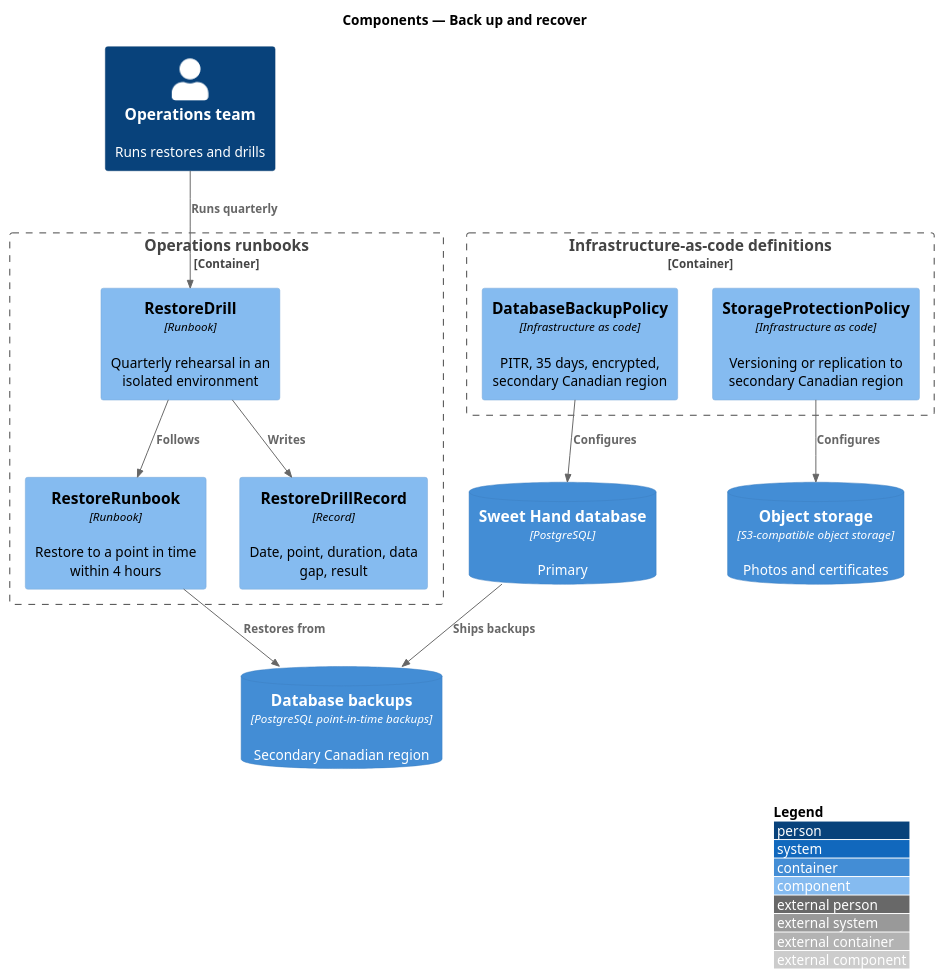
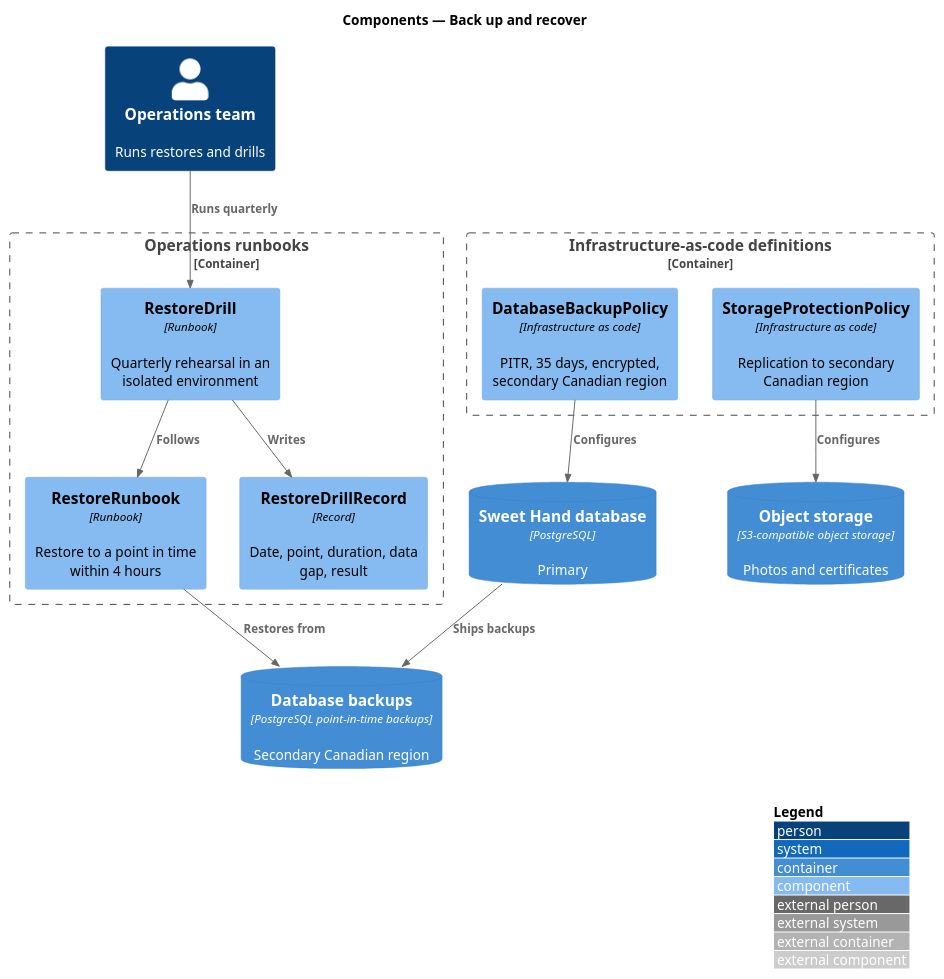
One commit to QuinntyneBrown/sweet-hand changed the diagram in docs/detailed-designs/platform/back-up-and-recover/diagrams/c4-component.puml. Above: the diagram before and after it, drawn with PlantUML. The commit also changed 17 other files, not shown here.

```diff
--- a/docs/detailed-designs/platform/back-up-and-recover/diagrams/c4-component.puml
+++ b/docs/detailed-designs/platform/back-up-and-recover/diagrams/c4-component.puml
@@ -1,27 +1,27 @@
 @startuml
 !include <C4/C4_Component>
 LAYOUT_WITH_LEGEND()
 title Components — Back up and recover
 
 Person(ops, "Operations team", "Runs restores and drills")
 Container_Boundary(iac, "Infrastructure-as-code definitions") {
   Component(dbpolicy, "DatabaseBackupPolicy", "Infrastructure as code", "PITR, 35 days, encrypted, secondary Canadian region")
-  Component(storepolicy, "StorageProtectionPolicy", "Infrastructure as code", "Versioning or replication to secondary Canadian region")
+  Component(storepolicy, "StorageProtectionPolicy", "Infrastructure as code", "Replication to secondary Canadian region")
 }
 Container_Boundary(runbooks, "Operations runbooks") {
   Component(runbook, "RestoreRunbook", "Runbook", "Restore to a point in time within 4 hours")
   Component(drill, "RestoreDrill", "Runbook", "Quarterly rehearsal in an isolated environment")
   Component(record, "RestoreDrillRecord", "Record", "Date, point, duration, data gap, result")
 }
 ContainerDb(db, "Sweet Hand database", "PostgreSQL", "Primary")
 ContainerDb(storage, "Object storage", "S3-compatible object storage", "Photos and certificates")
 ContainerDb(dbbackup, "Database backups", "PostgreSQL point-in-time backups", "Secondary Canadian region")
 
 Rel(dbpolicy, db, "Configures")
 Rel(storepolicy, storage, "Configures")
 Rel(db, dbbackup, "Ships backups")
 Rel(ops, drill, "Runs quarterly")
 Rel(drill, runbook, "Follows")
 Rel(runbook, dbbackup, "Restores from")
 Rel(drill, record, "Writes")
 @enduml
```
